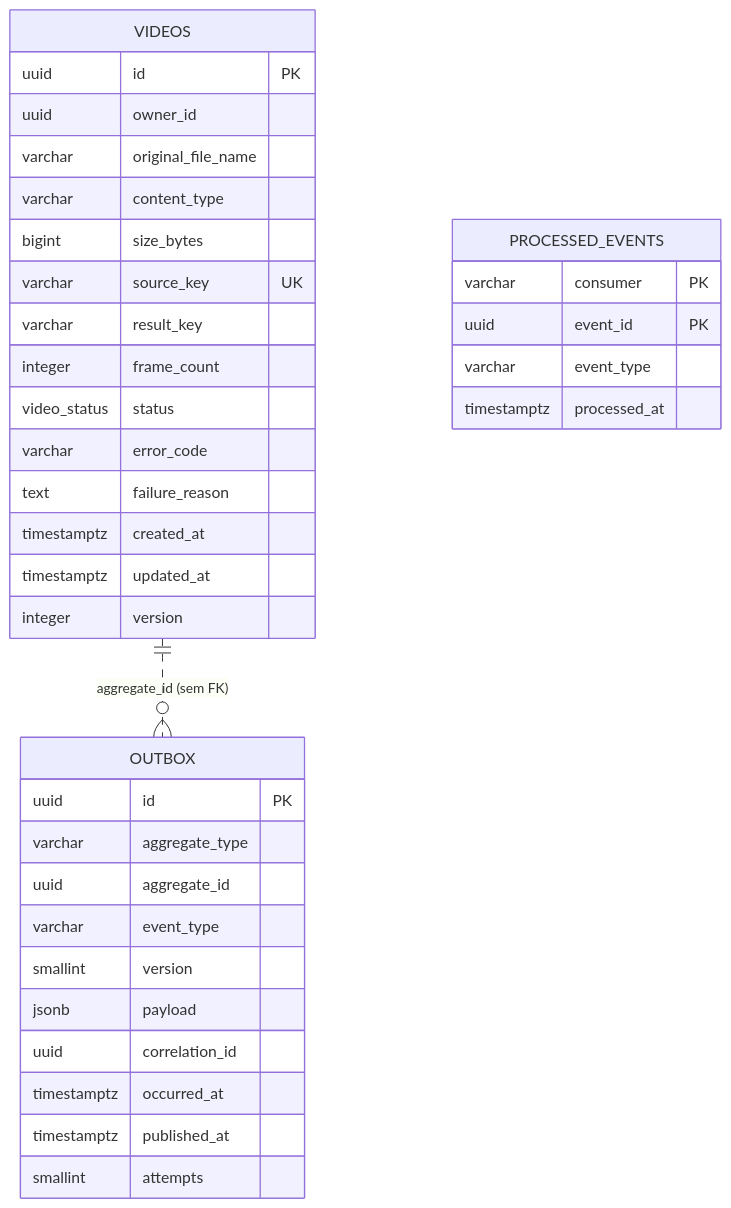
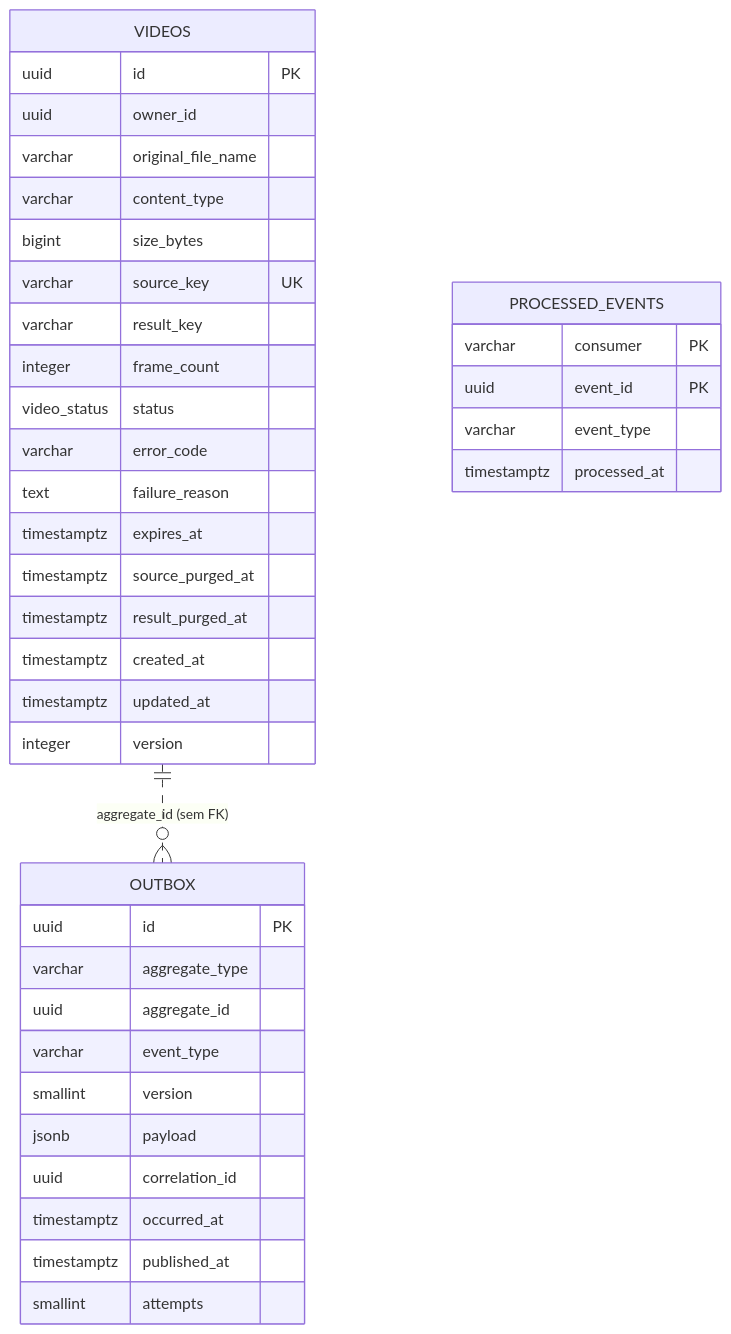
Before and after one commit to knzt/zipframes: the second of 3 diagrams in docs/data/modelagem-de-dados.md, drawn with Mermaid. The commit also changed other lines of this file, not shown here.

````diff
--- a/docs/data/modelagem-de-dados.md
+++ b/docs/data/modelagem-de-dados.md
@@ -118,38 +119,41 @@
 ```mermaid
 erDiagram
   VIDEOS {
     uuid id PK
     uuid owner_id
     varchar original_file_name
     varchar content_type
     bigint size_bytes
     varchar source_key UK
     varchar result_key
     integer frame_count
     video_status status
     varchar error_code
     text failure_reason
+    timestamptz expires_at
+    timestamptz source_purged_at
+    timestamptz result_purged_at
     timestamptz created_at
     timestamptz updated_at
     integer version
   }
   OUTBOX {
     uuid id PK
     varchar aggregate_type
     uuid aggregate_id
     varchar event_type
     smallint version
     jsonb payload
     uuid correlation_id
     timestamptz occurred_at
     timestamptz published_at
     smallint attempts
   }
   PROCESSED_EVENTS {
     varchar consumer PK
     uuid event_id PK
     varchar event_type
     timestamptz processed_at
   }
   VIDEOS ||..o{ OUTBOX : "aggregate_id (sem FK)"
 ```
````
